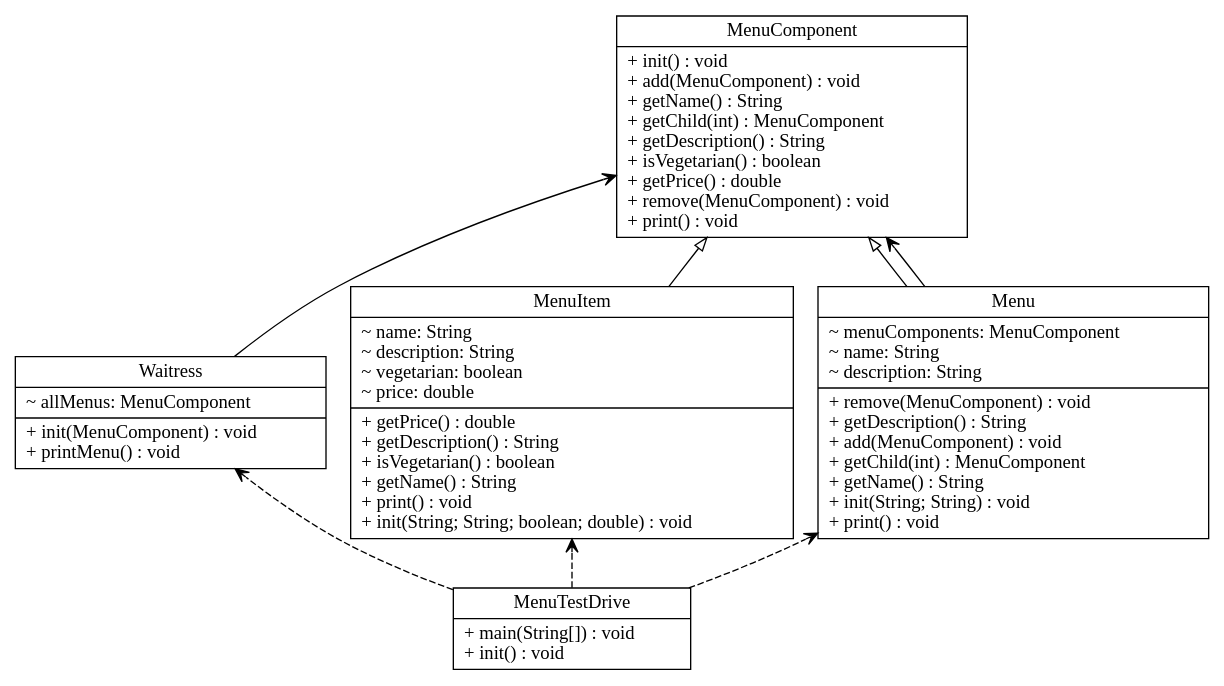
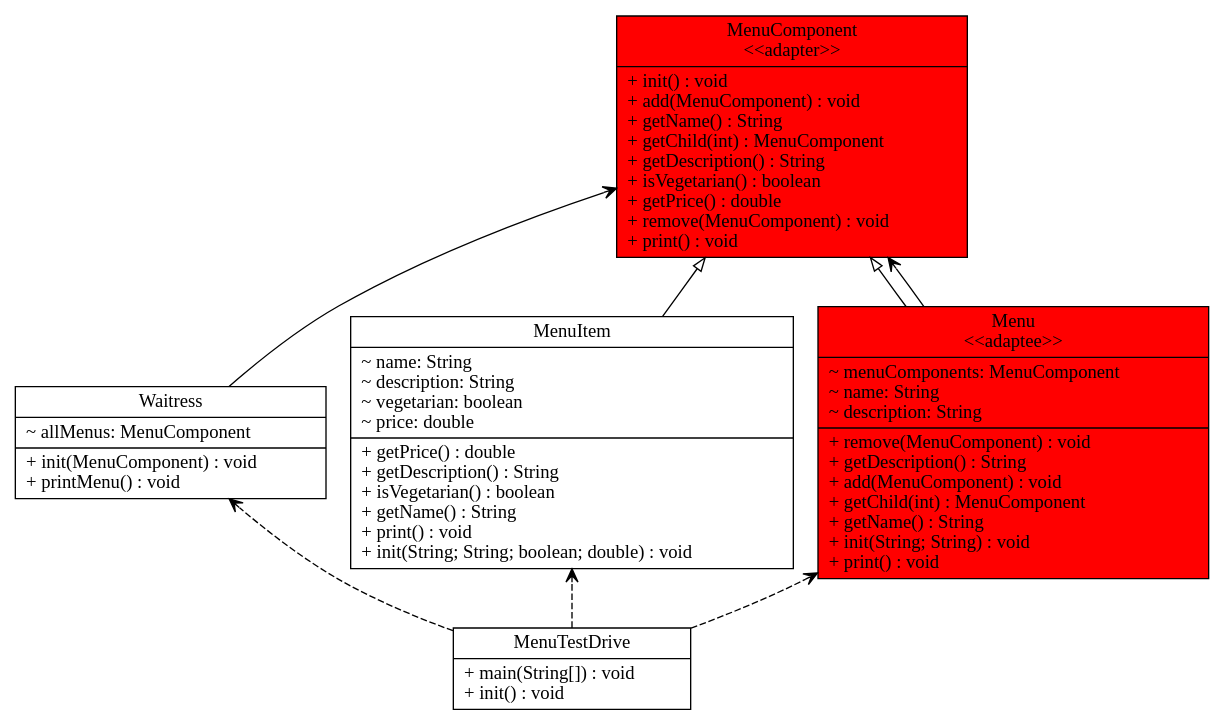
Before and after one commit to tpunt3/Csse374: the diagram in input_output/model.gv, drawn with Graphviz. The commit also changed 7 other files, not shown here.

```diff
--- a/input_output/model.gv
+++ b/input_output/model.gv
@@ -1,36 +1,36 @@
 digraph model{
 rankdir = BT;
 Waitress [
 shape="record",
 label = "{Waitress| ~ allMenus: MenuComponent\l|+ init(MenuComponent) : void\l+ printMenu() : void\l}"
 ];
 
 MenuComponent [
-shape="record",
-label = "{MenuComponent| + init() : void\l+ add(MenuComponent) : void\l+ getName() : String\l+ getChild(int) : MenuComponent\l+ getDescription() : String\l+ isVegetarian() : boolean\l+ getPrice() : double\l+ remove(MenuComponent) : void\l+ print() : void\l}"
+shape="record",style = filled,fillcolor=red
+label = "{MenuComponent\n\<\<adapter\>\>|+ init() : void\l+ add(MenuComponent) : void\l+ getName() : String\l+ getChild(int) : MenuComponent\l+ getDescription() : String\l+ isVegetarian() : boolean\l+ getPrice() : double\l+ remove(MenuComponent) : void\l+ print() : void\l}"
 ];
 
 MenuItem [
 shape="record",
 label = "{MenuItem| ~ name: String\l~ description: String\l~ vegetarian: boolean\l~ price: double\l|+ getPrice() : double\l+ getDescription() : String\l+ isVegetarian() : boolean\l+ getName() : String\l+ print() : void\l+ init(String; String; boolean; double) : void\l}"
 ];
 
-Menu [
-shape="record",
-label = "{Menu| ~ menuComponents: MenuComponent\l~ name: String\l~ description: String\l|+ remove(MenuComponent) : void\l+ getDescription() : String\l+ add(MenuComponent) : void\l+ getChild(int) : MenuComponent\l+ getName() : String\l+ init(String; String) : void\l+ print() : void\l}"
-];
-
 MenuTestDrive [
 shape="record",
 label = "{MenuTestDrive| + main(String[]) : void\l+ init() : void\l}"
+];
+
+Menu [
+shape="record",style = filled,fillcolor=red
+label = "{Menu\n\<\<adaptee\>\>|~ menuComponents: MenuComponent\l~ name: String\l~ description: String\l|+ remove(MenuComponent) : void\l+ getDescription() : String\l+ add(MenuComponent) : void\l+ getChild(int) : MenuComponent\l+ getName() : String\l+ init(String; String) : void\l+ print() : void\l}"
 ];
 
 //writing relations between classes now
 Menu -> MenuComponent [arrowhead = "empty"];
 Menu -> MenuComponent [arrowhead = "vee"];
 MenuItem -> MenuComponent [arrowhead = "empty"];
 MenuTestDrive -> Menu [arrowhead = "vee", style = "dashed"];
 MenuTestDrive -> MenuItem [arrowhead = "vee", style = "dashed"];
 MenuTestDrive -> Waitress [arrowhead = "vee", style = "dashed"];
 Waitress -> MenuComponent [arrowhead = "vee"];
 }
```
